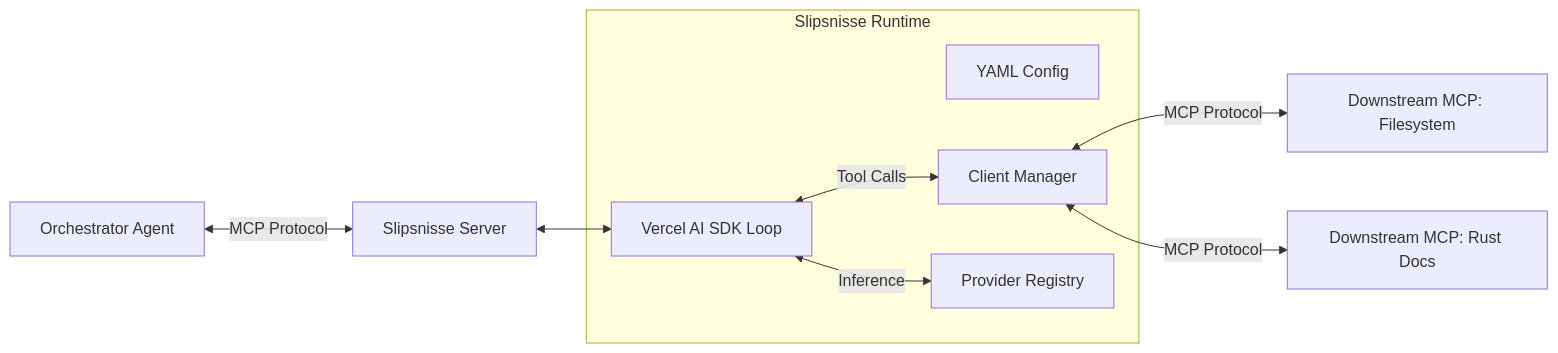
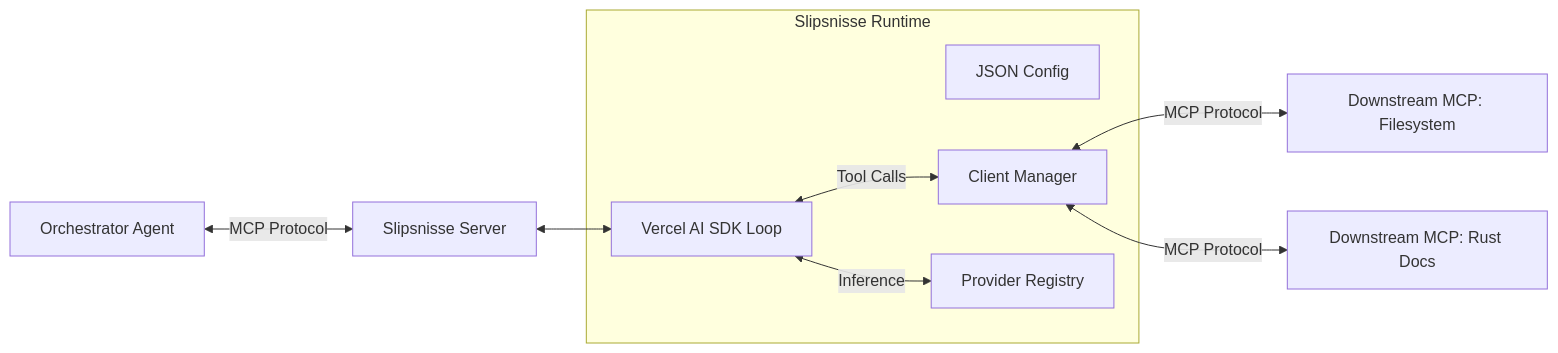
The diagram in docs/technical_design.md (juanuicich/slipsnisse), drawn with Mermaid before and after one commit. The commit also changed other lines of this file and 10 other files, not shown here.

````diff
--- a/docs/technical_design.md
+++ b/docs/technical_design.md
@@ -13,19 +13,19 @@
 ```mermaid
 graph LR
     Host[Orchestrator Agent] <-->|MCP Protocol| Slipsnisse[Slipsnisse Server]
     
     subgraph "Slipsnisse Runtime"
-        Config[YAML Config]
+        Config[JSON Config]
         Manager[Client Manager]
         Registry[Provider Registry]
         Loop[Vercel AI SDK Loop]
     end
     
     Slipsnisse <--> Loop
     Loop <-->|Tool Calls| Manager
     Loop <-->|Inference| Registry
     
     Manager <-->|MCP Protocol| Downstream1[Downstream MCP: Filesystem]
     Manager <-->|MCP Protocol| Downstream2[Downstream MCP: Rust Docs]
 
 ```
````
